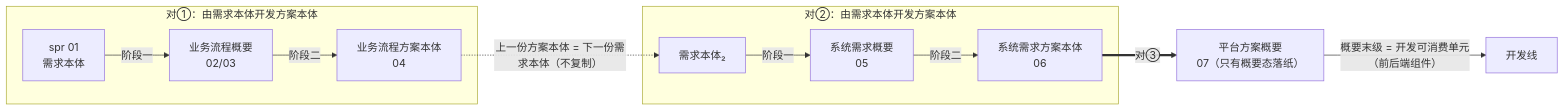
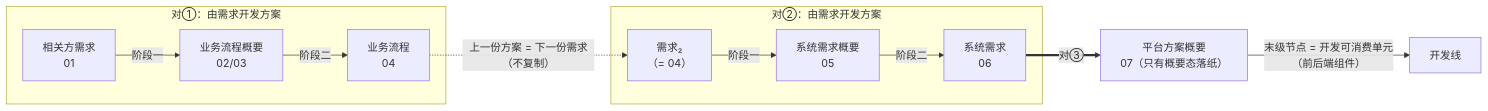
Before and after one commit to Yongjunzhou/AOS-system-design: the third of 3 diagrams in 50-research/00-系统工程相关研究报告/20-由需求开发方案研究报告-需求方案对与两阶段设计算法.md, drawn with Mermaid. The commit also changed other lines of this file and 2 other files, not shown here.

````diff
--- a/50-research/00-系统工程相关研究报告/20-由需求开发方案研究报告-需求方案对与两阶段设计算法.md
+++ b/50-research/00-系统工程相关研究报告/20-由需求开发方案研究报告-需求方案对与两阶段设计算法.md
@@ -269,14 +269,14 @@
 ```mermaid
 flowchart LR
-    subgraph P1["对①：由需求本体开发方案本体"]
-        A["spr 01<br/>需求本体"] -->|"阶段一"| B["业务流程概要<br/>02/03"]
-        B -->|"阶段二"| C["业务流程方案本体<br/>04"]
+    subgraph P1["对①：由需求开发方案"]
+        A["相关方需求<br/>01"] -->|"阶段一"| B["业务流程概要<br/>02/03"]
+        B -->|"阶段二"| C["业务流程<br/>04"]
     end
-    subgraph P2["对②：由需求本体开发方案本体"]
-        D["需求本体₂"] -->|"阶段一"| E["系统需求概要<br/>05"]
-        E -->|"阶段二"| F["系统需求方案本体<br/>06"]
+    subgraph P2["对②：由需求开发方案"]
+        D["需求₂<br/>（= 04）"] -->|"阶段一"| E["系统需求概要<br/>05"]
+        E -->|"阶段二"| F["系统需求<br/>06"]
     end
-    C -.->|"上一份方案本体 = 下一份需求本体（不复制）"| D
+    C -.->|"上一份方案 = 下一份需求（不复制）"| D
     F ==>|"对③"| G["平台方案概要<br/>07（只有概要态落纸）"]
-    G -->|"概要末级 = 开发可消费单元<br/>（前后端组件）"| H["开发线"]
+    G -->|"末级节点 = 开发可消费单元<br/>（前后端组件）"| H["开发线"]
 ```
````
